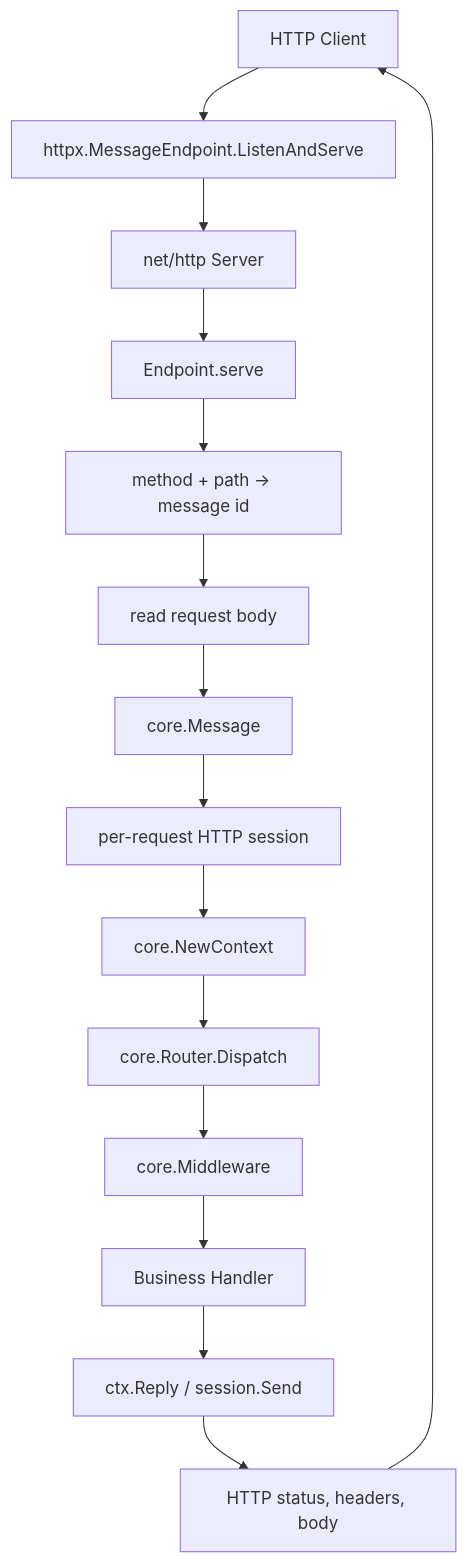
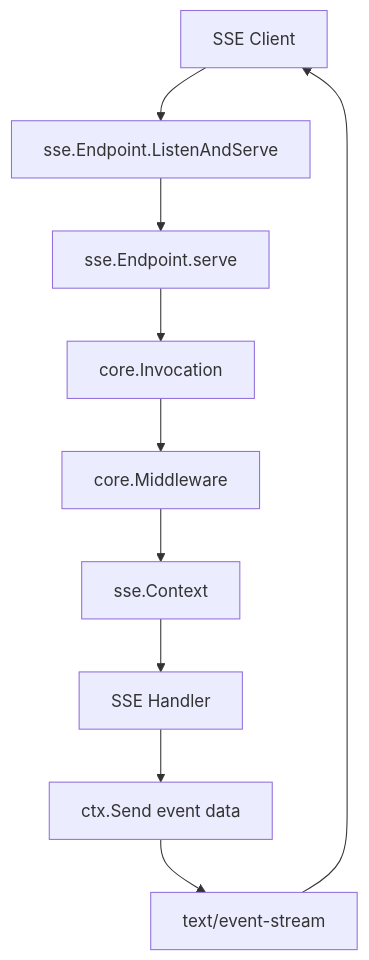
One commit to saramand9/kpro changed the sixth of 8 diagrams in docs/call-flow.md. Above: the diagram before and after it, drawn with Mermaid. The commit also changed other lines of this file and 42 other files, not shown here.

Commit message:
refactor: unify protocol middleware invocation

````diff
--- a/docs/call-flow.md
+++ b/docs/call-flow.md
@@ -159,17 +166,12 @@
 ```mermaid
 flowchart TD
-    Client[HTTP Client] --> Listen[httpx.MessageEndpoint.ListenAndServe]
-    Listen --> NetHTTP[net/http Server]
-    NetHTTP --> Serve[Endpoint.serve]
-    Serve --> Route[method + path -> message id]
-    Route --> RequestBody[read request body]
-    RequestBody --> Message[core.Message]
-    Message --> Session[per-request HTTP session]
-    Session --> Context[core.NewContext]
-    Context --> Dispatch[core.Router.Dispatch]
-    Dispatch --> Middleware[core.Middleware]
-    Middleware --> Handler[Business Handler]
-    Handler --> Reply[ctx.Reply / session.Send]
-    Reply --> Response[HTTP status, headers, body]
-    Response --> Client
+    Client[SSE Client] --> Listen[sse.Endpoint.ListenAndServe]
+    Listen --> Serve[sse.Endpoint.serve]
+    Serve --> Invocation[core.Invocation]
+    Invocation --> Middleware[core.Middleware]
+    Middleware --> Context[sse.Context]
+    Context --> Handler[SSE Handler]
+    Handler --> Send[ctx.Send event data]
+    Send --> Stream[text/event-stream]
+    Stream --> Client
 ```
````
